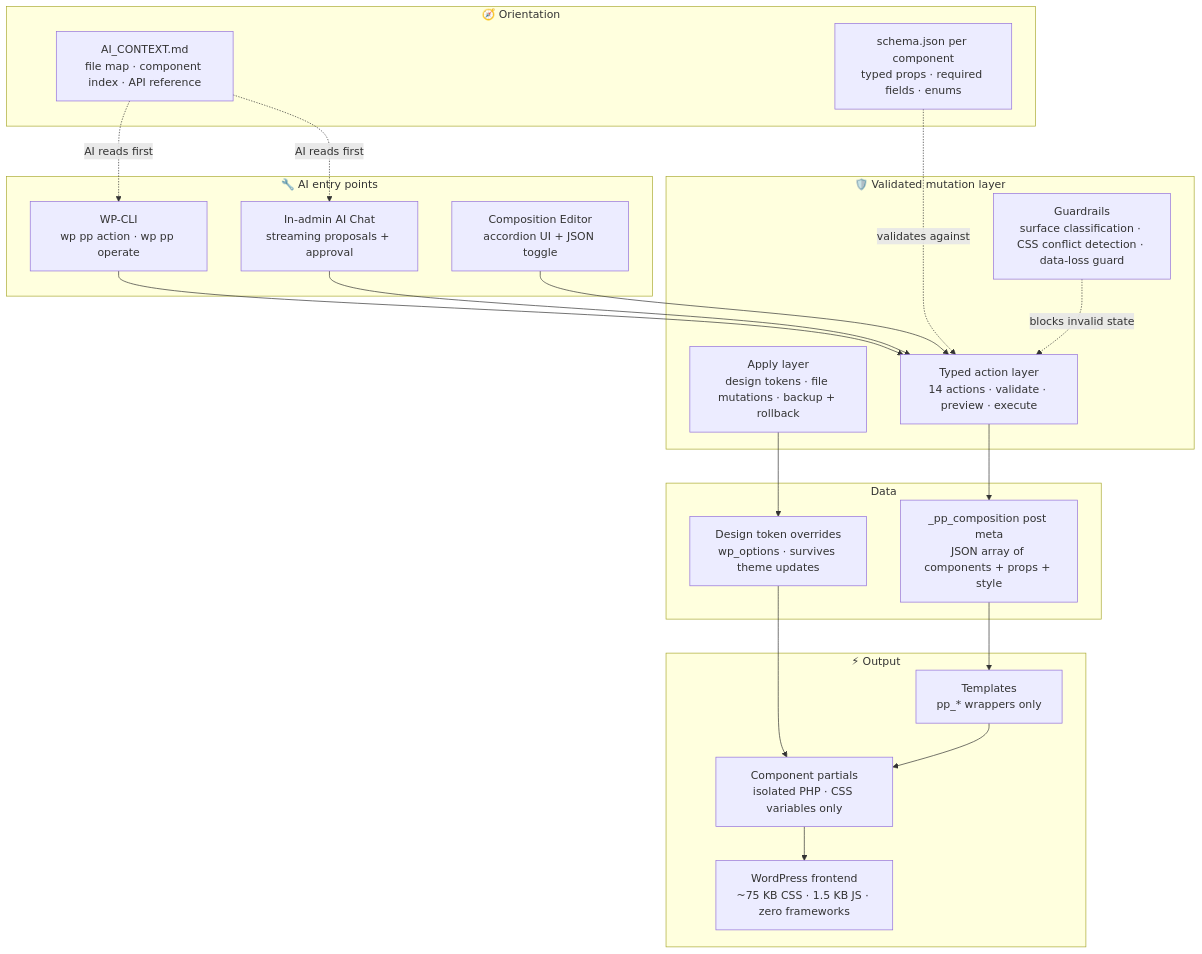
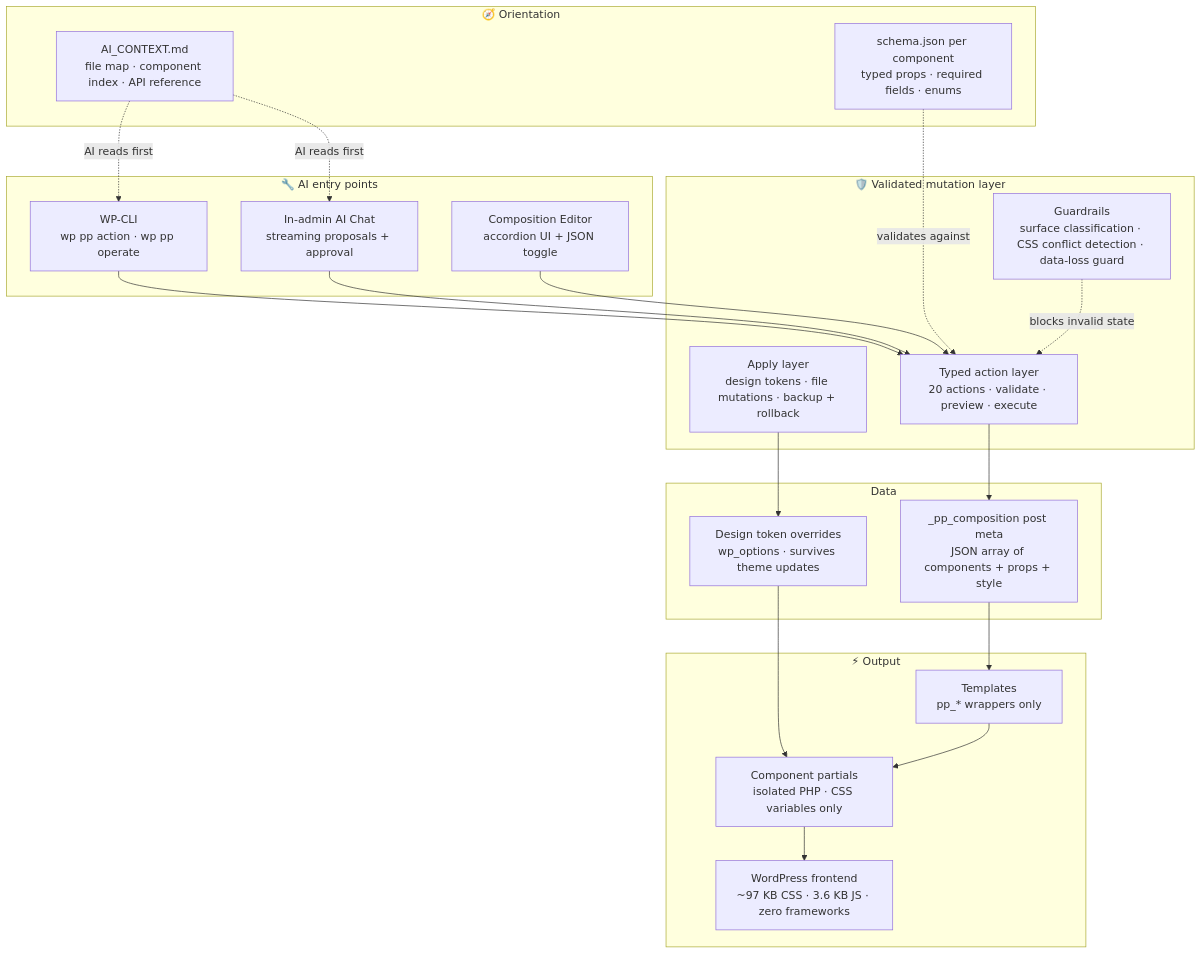
Before and after one commit to FJCF76/PromptingPress: the diagram in README.md, drawn with Mermaid. The commit also changed other lines of this file and 15 other files, not shown here.

````diff
--- a/README.md
+++ b/README.md
@@ -56,44 +56,44 @@
 ```mermaid
 flowchart TD
     subgraph Entry["🔧 AI entry points"]
         CLI["WP-CLI\nwp pp action · wp pp operate"]
         Chat["In-admin AI Chat\nstreaming proposals + approval"]
         Editor["Composition Editor\naccordion UI + JSON toggle"]
     end
 
     subgraph Orient["🧭 Orientation"]
         CTX["AI_CONTEXT.md\nfile map · component index · API reference"]
         Schema["schema.json per component\ntyped props · required fields · enums"]
     end
 
     subgraph Mutation["🛡️ Validated mutation layer"]
-        Action["Typed action layer\n14 actions · validate · preview · execute"]
+        Action["Typed action layer\n20 actions · validate · preview · execute"]
         Apply["Apply layer\ndesign tokens · file mutations · backup + rollback"]
         Guard["Guardrails\nsurface classification · CSS conflict detection · data-loss guard"]
     end
 
     subgraph Storage["Data"]
         Comp["_pp_composition post meta\nJSON array of components + props + style"]
         Tokens["Design token overrides\nwp_options · survives theme updates"]
     end
 
     subgraph Render["⚡ Output"]
         Templates["Templates\npp_* wrappers only"]
         Components["Component partials\nisolated PHP · CSS variables only"]
-        Frontend["WordPress frontend\n~75 KB CSS · 1.5 KB JS · zero frameworks"]
+        Frontend["WordPress frontend\n~97 KB CSS · 3.6 KB JS · zero frameworks"]
     end
 
     CLI --> Action
     Chat --> Action
     Editor --> Action
     CTX -.->|"AI reads first"| CLI
     CTX -.->|"AI reads first"| Chat
     Schema -.->|"validates against"| Action
     Action --> Comp
     Apply --> Tokens
     Guard -.->|"blocks invalid state"| Action
     Comp --> Templates
     Tokens --> Components
     Templates --> Components
     Components --> Frontend
 ```
````
